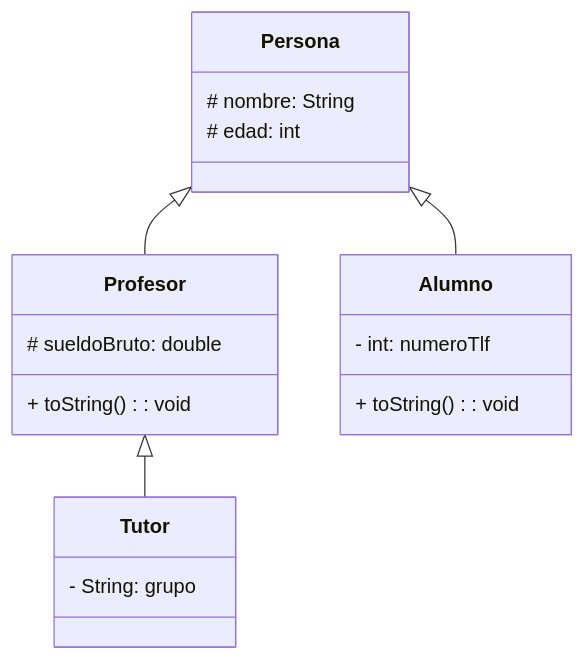
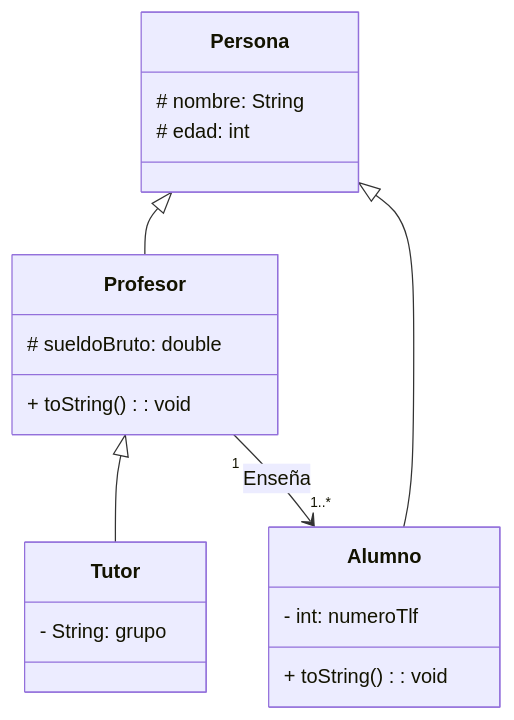
One commit to AngelRagel05/Angel-1DAW changed the diagram in EEDD/PracticaUML/Ejer_1.md. Above: the diagram before and after it, drawn with Mermaid. The commit also changed other lines of this file and 2 other files, not shown here.

````diff
--- a/EEDD/PracticaUML/Ejer_1.md
+++ b/EEDD/PracticaUML/Ejer_1.md
@@ -1,26 +1,28 @@
 ```mermaid
     classDiagram
 
         class Persona {
             # nombre: String
             # edad: int
         }
 
         class Profesor {
             # sueldoBruto: double
             + toString() : void
         }
 
         class Alumno {
             - int: numeroTlf
             + toString() : void
         }
 
         class Tutor {
             - String: grupo
         }
 
-        Persona <|-- Profesor
-        Persona <|-- Alumno
-        Profesor <|-- Tutor
+    Persona <|-- Profesor
+    Persona <|-- Alumno
+    Profesor <|-- Tutor
+
+    Profesor "1" --> "1..*" Alumno: Enseña
 ```
````
